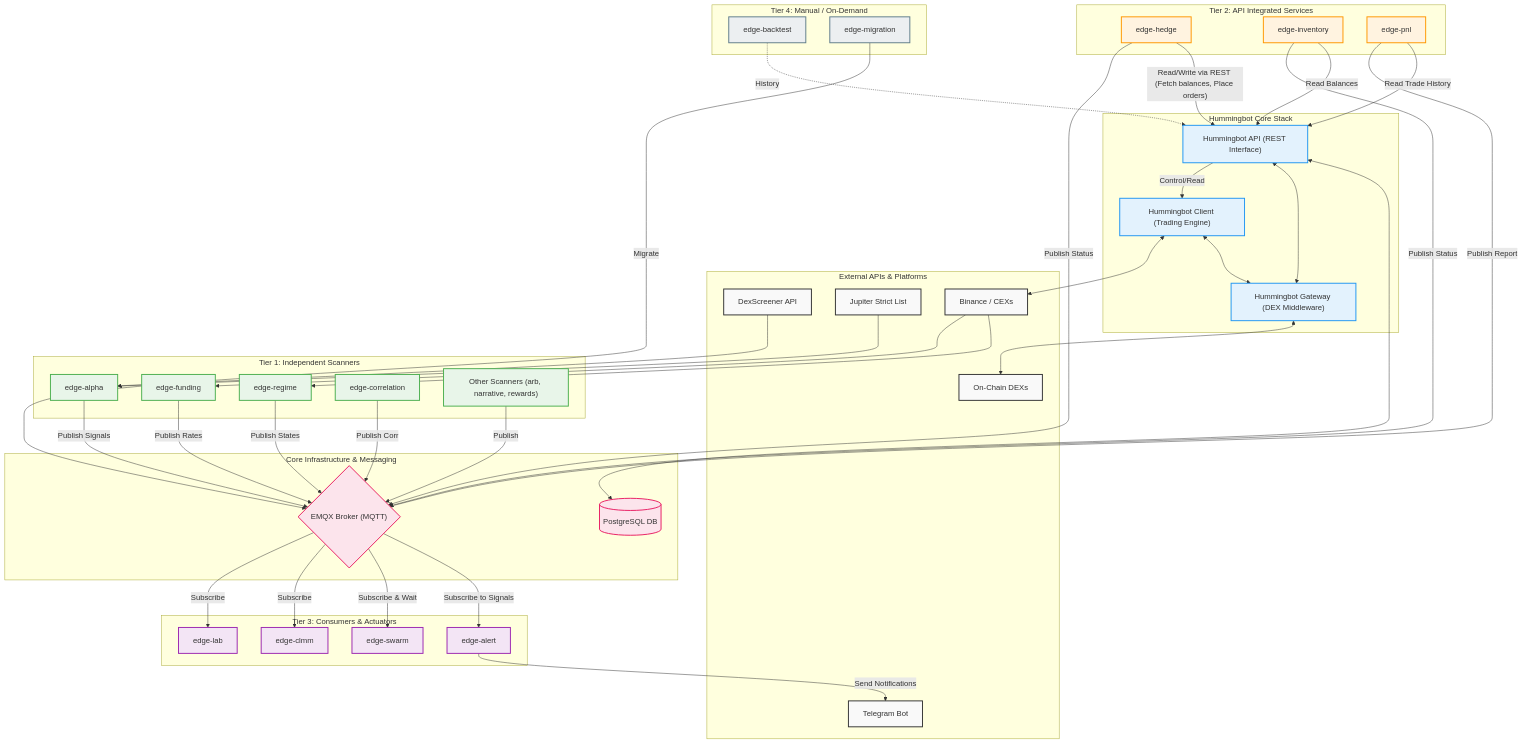
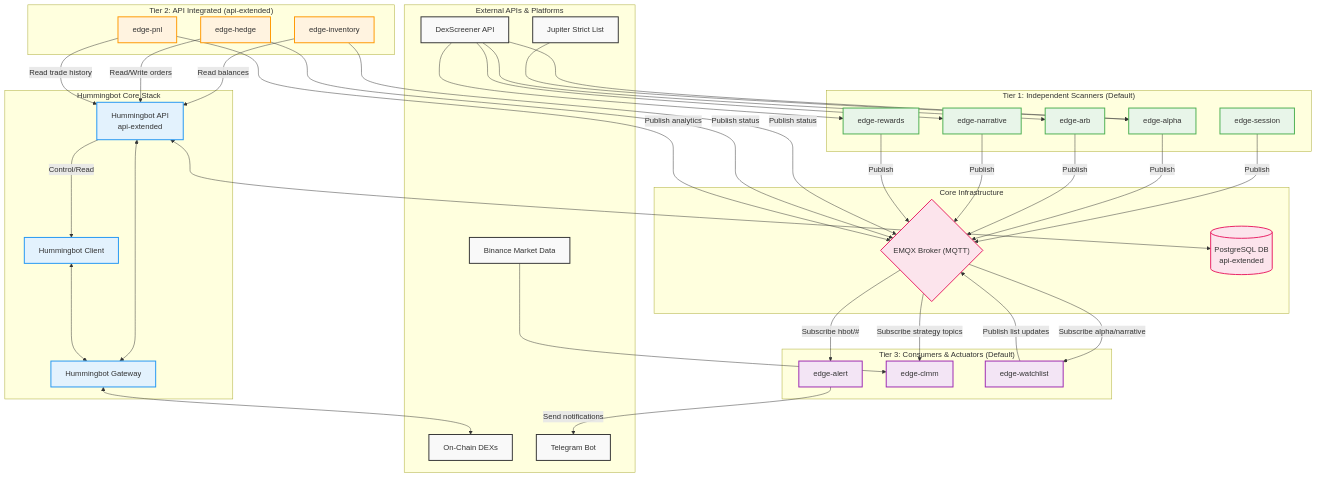
The diagram in ARCHITECTURE.md (Admin-AUXO/hummingbot-edge-services), drawn with Mermaid before and after one commit. The commit also changed other lines of this file and 70 other files, not shown here.

Commit message:
DEX-lean refactor, service cleanup, and algorithmic performance tuning

````diff
--- a/ARCHITECTURE.md
+++ b/ARCHITECTURE.md
@@ -5,108 +5,89 @@
 ```mermaid
 flowchart TD
-    %% Define External Entities
     subgraph External["External APIs & Platforms"]
         DexScreener["DexScreener API"]
         Jupiter["Jupiter Strict List"]
-        Binance["Binance / CEXs"]
+        Binance["Binance Market Data"]
         OnChain["On-Chain DEXs"]
         Telegram["Telegram Bot"]
     end
 
-    %% Define Broker and Core
-    subgraph Infrastructure["Core Infrastructure & Messaging"]
+    subgraph Infrastructure["Core Infrastructure"]
         MQTT{"EMQX Broker (MQTT)"}
-        DB[("PostgreSQL DB")]
+        DB[("PostgreSQL DB\napi-extended")]
     end
 
     subgraph HummingbotStack["Hummingbot Core Stack"]
-        API["Hummingbot API (REST Interface)"]
-        HBot["Hummingbot Client (Trading Engine)"]
-        Gateway["Hummingbot Gateway (DEX Middleware)"]
+        API["Hummingbot API\napi-extended"]
+        HBot["Hummingbot Client"]
+        Gateway["Hummingbot Gateway"]
     end
 
-    %% Define Service Tiers
-    subgraph Tier1["Tier 1: Independent Scanners"]
+    subgraph Tier1["Tier 1: Independent Scanners (Default)"]
+        Session["edge-session"]
         Alpha["edge-alpha"]
-        Regime["edge-regime"]
-        Funding["edge-funding"]
-        Corr["edge-correlation"]
-        Scanners["Other Scanners (arb, narrative, rewards)"]
+        Arb["edge-arb"]
+        Narrative["edge-narrative"]
+        Rewards["edge-rewards"]
     end
 
-    subgraph Tier2["Tier 2: API Integrated Services"]
+    subgraph Tier2["Tier 2: API Integrated (api-extended)"]
+        Inventory["edge-inventory"]
         Hedge["edge-hedge"]
-        Inventory["edge-inventory"]
         PnL["edge-pnl"]
     end
 
-    subgraph Tier3["Tier 3: Consumers & Actuators"]
+    subgraph Tier3["Tier 3: Consumers & Actuators (Default)"]
         Alert["edge-alert"]
-        Swarm["edge-swarm"]
         Clmm["edge-clmm"]
-        Lab["edge-lab"]
+        Watchlist["edge-watchlist"]
     end
 
-    subgraph Tier4["Tier 4: Manual / On-Demand"]
-        Backtest["edge-backtest"]
-        Migration["edge-migration"]
-    end
+    DexScreener --> Alpha
+    DexScreener --> Arb
+    DexScreener --> Narrative
+    DexScreener --> Rewards
+    Jupiter --> Alpha
+    Binance --> Clmm
 
-    %% Tier 1 Connections
-    DexScreener --> Alpha
-    Jupiter --> Alpha
-    Binance --> Regime
-    Binance --> Funding
+    Session -- "Publish" --> MQTT
+    Alpha -- "Publish" --> MQTT
+    Arb -- "Publish" --> MQTT
+    Narrative -- "Publish" --> MQTT
+    Rewards -- "Publish" --> MQTT
+    Watchlist -- "Publish list updates" --> MQTT
 
-    Alpha -- "Publish Signals" --> MQTT
-    Regime -- "Publish States" --> MQTT
-    Funding -- "Publish Rates" --> MQTT
-    Corr -- "Publish Corr" --> MQTT
-    Scanners -- "Publish" --> MQTT
+    MQTT -- "Subscribe hbot/#" --> Alert
+    MQTT -- "Subscribe strategy topics" --> Clmm
+    MQTT -- "Subscribe alpha/narrative" --> Watchlist
 
-    %% Tier 2 Connections
-    Hedge -- "Read/Write via REST (Fetch balances, Place orders)" --> API
-    Inventory -- "Read Balances" --> API
-    PnL -- "Read Trade History" --> API
+    Alert -- "Send notifications" --> Telegram
 
-    Hedge -- "Publish Status" --> MQTT
-    Inventory -- "Publish Status" --> MQTT
-    PnL -- "Publish Report" --> MQTT
+    Inventory -- "Read balances" --> API
+    Hedge -- "Read/Write orders" --> API
+    PnL -- "Read trade history" --> API
 
-    %% Tier 3 Connections
-    MQTT -- "Subscribe to Signals" --> Alert
-    MQTT -- "Subscribe & Wait" --> Swarm
-    MQTT -- "Subscribe" --> Clmm
-    MQTT -- "Subscribe" --> Lab
+    Inventory -- "Publish status" --> MQTT
+    Hedge -- "Publish status" --> MQTT
+    PnL -- "Publish analytics" --> MQTT
 
-    Alert -- "Send Notifications" --> Telegram
-
-    %% Core Stack Connections
     API <--> DB
     API <--> Gateway
     HBot <--> Gateway
     Gateway <--> OnChain
-    HBot <--> Binance
     API -- "Control/Read" --> HBot
 
-    %% Tier 4 connections
-    Backtest -. "History" .-> API
-    Migration -- "Migrate" --> MQTT
-
-    %% Styling
     classDef ext fill:#f9f9f9,stroke:#333,stroke-width:2px;
     classDef infra fill:#fce4ec,stroke:#e91e63,stroke-width:2px;
     classDef hbot fill:#e3f2fd,stroke:#2196f3,stroke-width:2px;
     classDef tier1 fill:#e8f5e9,stroke:#4caf50,stroke-width:2px;
     classDef tier2 fill:#fff3e0,stroke:#ff9800,stroke-width:2px;
     classDef tier3 fill:#f3e5f5,stroke:#9c27b0,stroke-width:2px;
-    classDef tier4 fill:#eceff1,stroke:#607d8b,stroke-width:2px;
 
     class DexScreener,Jupiter,Binance,Telegram,OnChain ext;
     class MQTT,DB infra;
     class API,HBot,Gateway hbot;
-    class Alpha,Regime,Funding,Corr,Scanners tier1;
-    class Hedge,Inventory,PnL tier2;
-    class Alert,Swarm,Clmm,Lab tier3;
-    class Backtest,Migration tier4;
+    class Session,Alpha,Arb,Narrative,Rewards tier1;
+    class Inventory,Hedge,PnL tier2;
+    class Alert,Clmm,Watchlist tier3;
 ```
````
